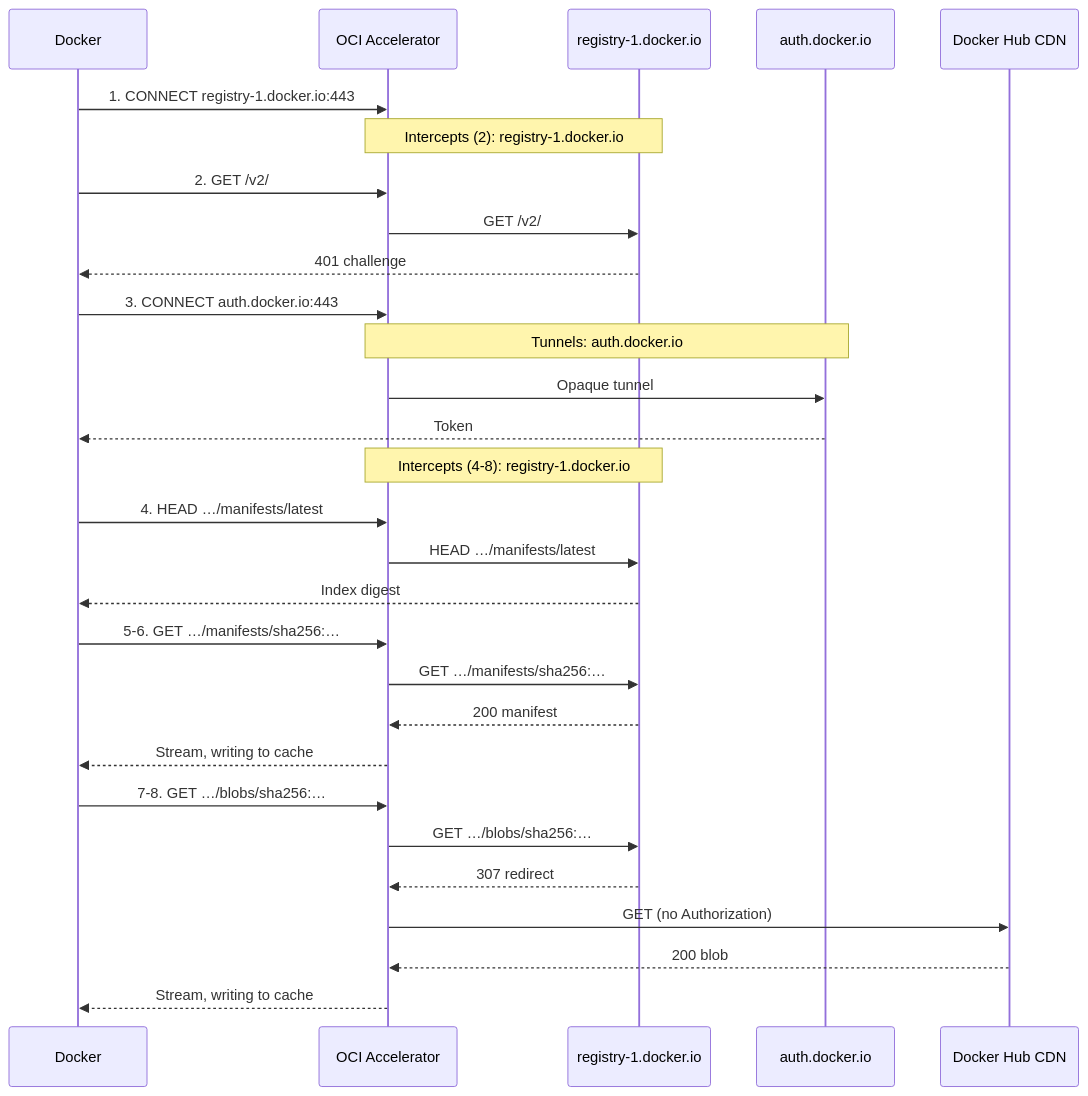
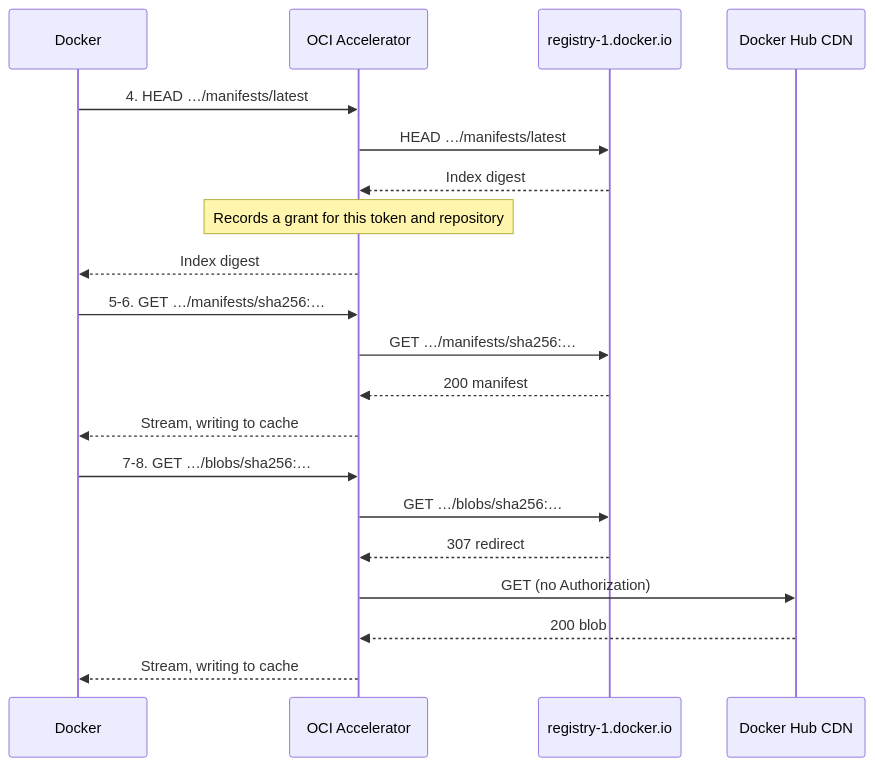
Before and after one commit to buildkite/oci-accelerator: the second of 3 diagrams in docs/how-it-works.md, drawn with Mermaid. The commit also changed other lines of this file and 12 other files, not shown here.

````diff
--- a/docs/how-it-works.md
+++ b/docs/how-it-works.md
@@ -206,35 +81,24 @@
 ```mermaid
 sequenceDiagram
     participant D as Docker
     participant A as OCI Accelerator
     participant R as registry-1.docker.io
-    participant T as auth.docker.io
     participant C as Docker Hub CDN
 
-    D->>A: 1. CONNECT registry-1.docker.io:443
-    Note over A,R: Intercepts (2): registry-1.docker.io
-    D->>A: 2. GET /v2/
-    A->>R: GET /v2/
-    R-->>D: 401 challenge
-
-    D->>A: 3. CONNECT auth.docker.io:443
-    Note over A,T: Tunnels: auth.docker.io
-    A->>T: Opaque tunnel
-    T-->>D: Token
-
-    Note over A,R: Intercepts (4-8): registry-1.docker.io
     D->>A: 4. HEAD …/manifests/latest
     A->>R: HEAD …/manifests/latest
-    R-->>D: Index digest
+    R-->>A: Index digest
+    Note over A: Records a grant for this token and repository
+    A-->>D: Index digest
 
     D->>A: 5-6. GET …/manifests/sha256:…
     A->>R: GET …/manifests/sha256:…
     R-->>A: 200 manifest
     A-->>D: Stream, writing to cache
     D->>A: 7-8. GET …/blobs/sha256:…
     A->>R: GET …/blobs/sha256:…
     R-->>A: 307 redirect
     A->>C: GET (no Authorization)
     C-->>A: 200 blob
     A-->>D: Stream, writing to cache
 ```
````
